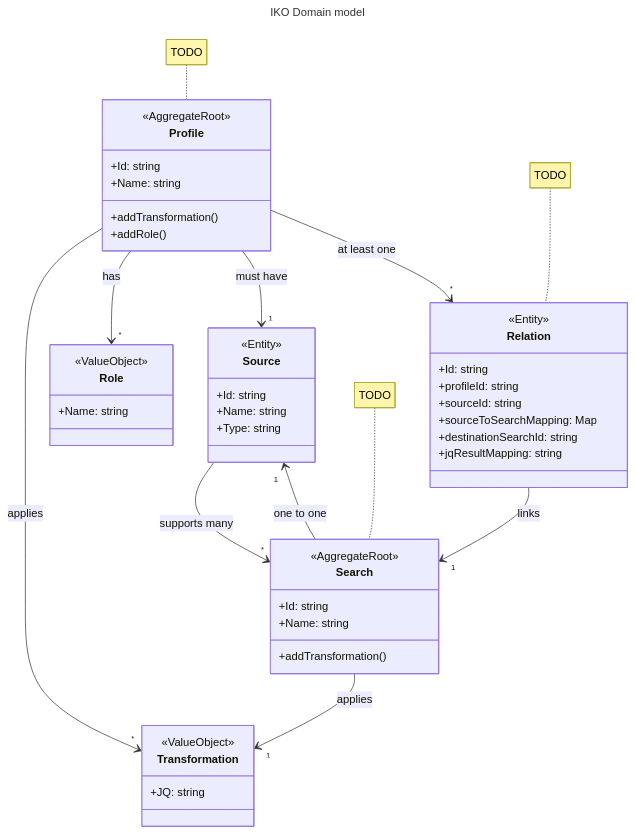
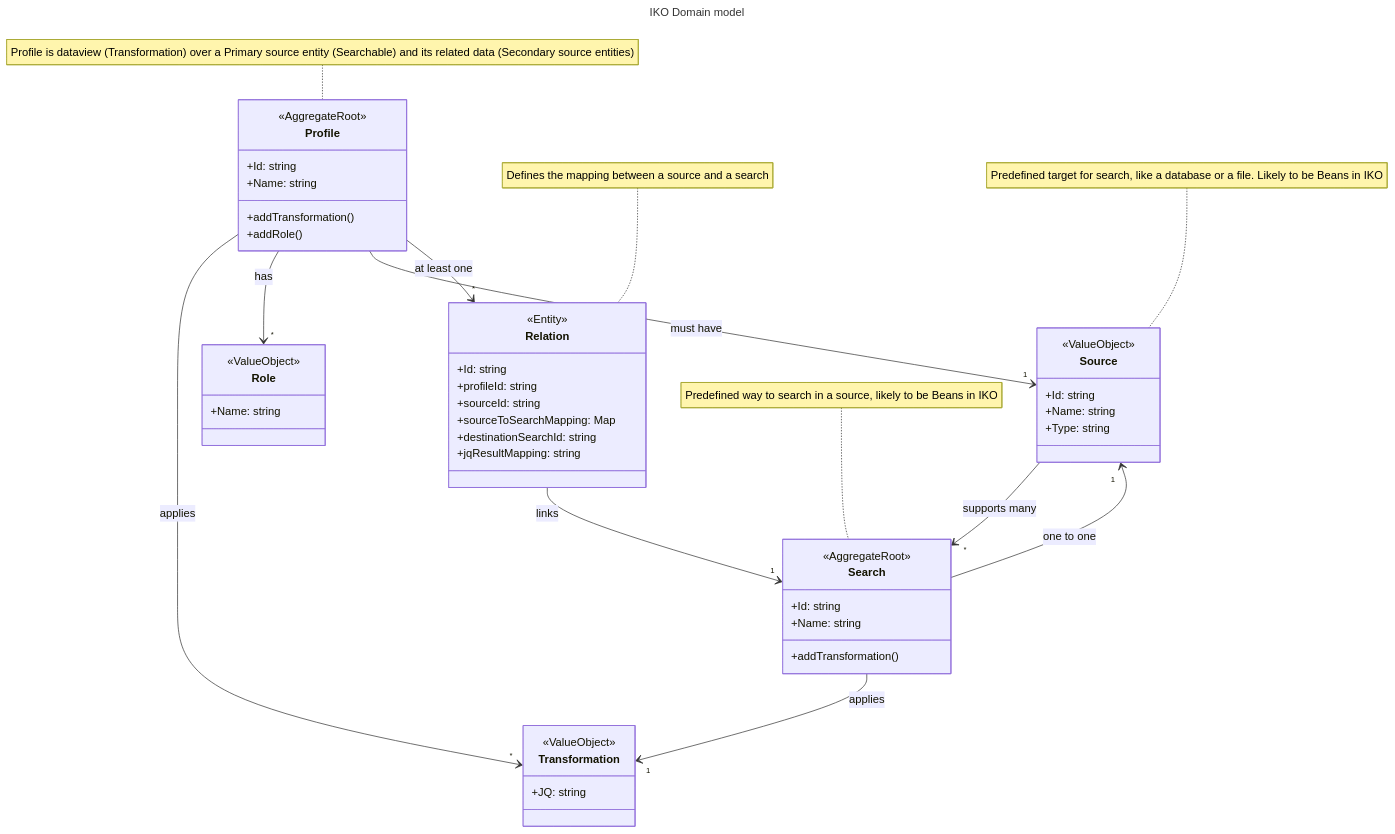
The diagram in domain.mmd (Integraal-Klant-en-Objectbeeld/iko), drawn with Mermaid before and after one commit.

Commit message:
added domain model

```diff
--- a/domain.mmd
+++ b/domain.mmd
@@ -1,76 +1,77 @@
 ---
 title: IKO Domain model
 ---
 classDiagram
-    note for Relation "TODO"
-    note for Search "TODO"
-    note for Profile "TODO"
+    note for Relation "Defines the mapping between a source and a search"
+    note for Search "Predefined way to search in a source, likely to be Beans in IKO"
+    note for Profile "Profile is dataview (Transformation) over a Primary source entity (Searchable) and its related data (Secondary source entities)"
+    note for Source "Predefined target for search, like a database or a file. Likely to be Beans in IKO"
 
     class Profile {
         +Id: string
         +Name: string
         +addTransformation()
         +addRole()
     }
 
     class Role {
         +Name: string
     }
 
     class Transformation {
         +JQ: string
     }
 
     class Search {
         +Id: string
         +Name: string
         +addTransformation()
     }
 
     class Relation {
         +Id: string
         +profileId: string
         +sourceId: string
         +sourceToSearchMapping: Map<string, string>
         +destinationSearchId: string
         +jqResultMapping: string
     }
 
     class Source {
         +Id: string
         +Name: string
         +Type: string
     }
 
     Profile --> "*" Transformation: applies
     Profile --> "*" Role: has
     Profile --> "1" Source: must have
     Profile --> "*" Relation: at least one
     Search --> "1" Source: one to one
     Source --> "*" Search: supports many
     Search --> "1" Transformation: applies
     Relation --> "1" Search: links
 
     class Profile {
         <<AggregateRoot>>
     }
 
     class Search {
         <<AggregateRoot>>
     }
 
     class Transformation {
         <<ValueObject>>
     }
 
     class Role {
         <<ValueObject>>
     }
 
     class Relation {
         <<Entity>>
     }
 
     class Source {
-        <<Entity>>
+        <<ValueObject>>
     }
```
